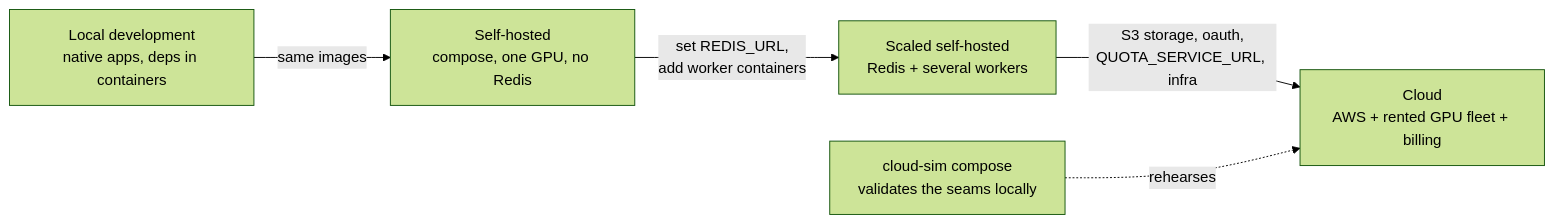
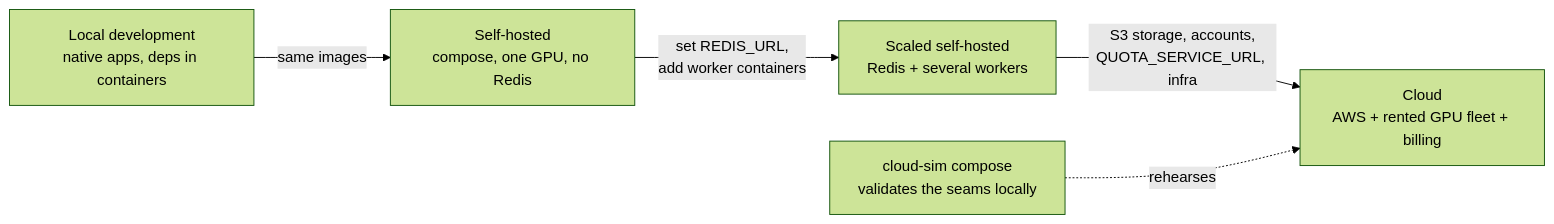
Before and after one commit to Portocolom-Studio/potocolom: the first of 2 diagrams in docs/deployment-profiles.md, drawn with Mermaid (forest theme). The commit also changed other lines of this file and 18 other files, not shown here.

````diff
--- a/docs/deployment-profiles.md
+++ b/docs/deployment-profiles.md
@@ -21,12 +21,12 @@
 ```mermaid
 flowchart LR
     DEV["Local development<br>native apps, deps in containers"]
     SH["Self-hosted<br>compose, one GPU, no Redis"]
     SSH["Scaled self-hosted<br>Redis + several workers"]
     CLOUD["Cloud<br>AWS + rented GPU fleet + billing"]
     SIM["cloud-sim compose<br>validates the seams locally"]
     DEV -->|"same images"| SH
     SH -->|"set REDIS_URL,<br>add worker containers"| SSH
-    SSH -->|"S3 storage, oauth,<br>QUOTA_SERVICE_URL, infra"| CLOUD
+    SSH -->|"S3 storage, accounts,<br>QUOTA_SERVICE_URL, infra"| CLOUD
     SIM -.->|"rehearses"| CLOUD
 ```
````
